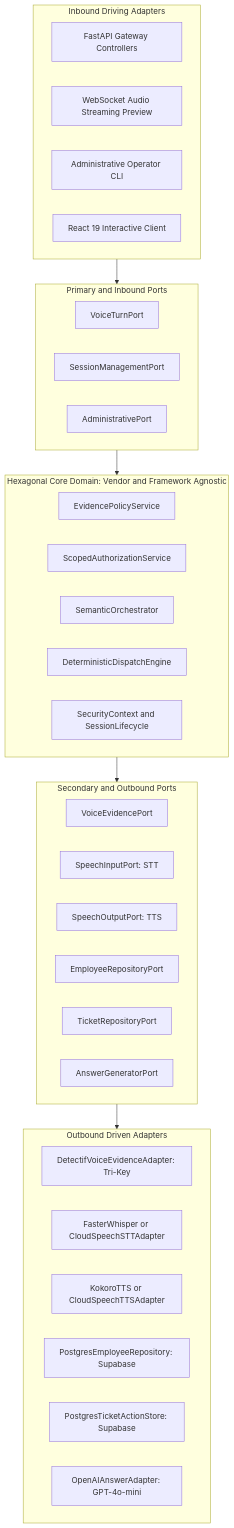
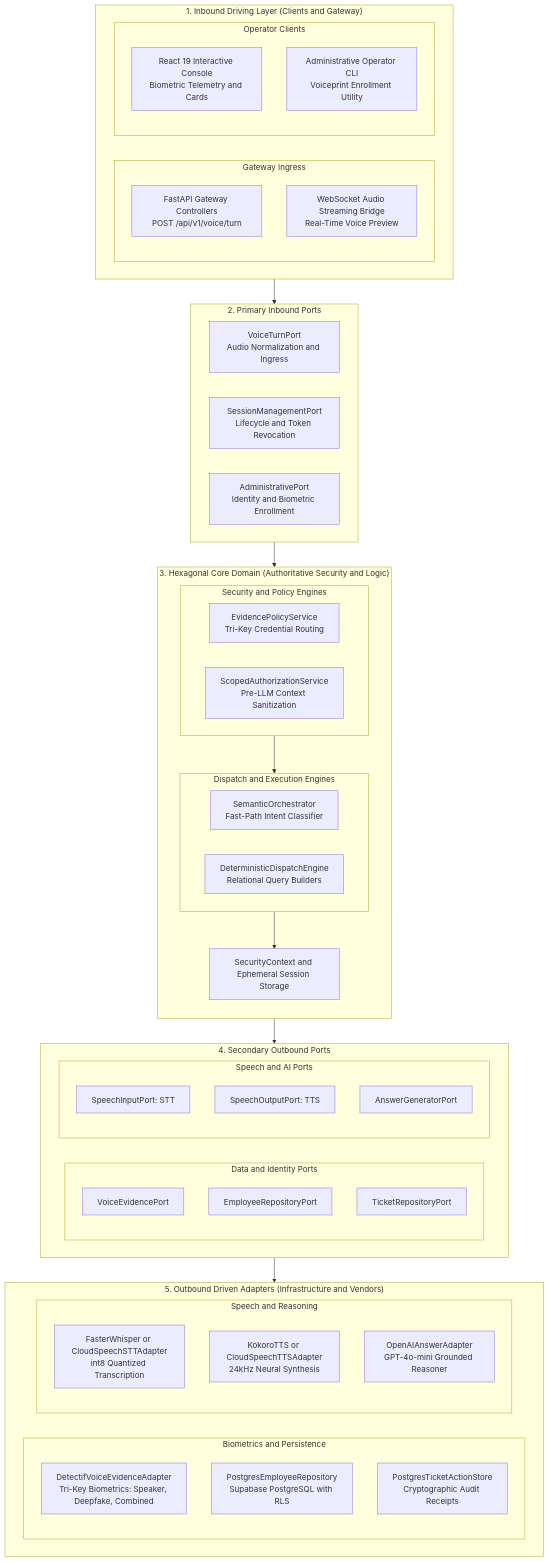
The eighth of 9 diagrams in README.md (sharancode3/Intentlock), drawn with Mermaid before and after one commit. The commit also changed other lines of this file, not shown here.

Commit message:
fix(docs): optimize diagram spacing and multi-column grid layout to prevent node truncation

````diff
--- a/README.md
+++ b/README.md
@@ -462,46 +454,76 @@
 ```mermaid
 flowchart TD
-    subgraph CoreDomain ["Hexagonal Core Domain: Vendor and Framework Agnostic"]
-        EVID_SVC["EvidencePolicyService"]
-        SCOPED_AUTH["ScopedAuthorizationService"]
-        SEM_ORCH["SemanticOrchestrator"]
-        DET_DISPATCH["DeterministicDispatchEngine"]
-        SEC_CTX["SecurityContext and SessionLifecycle"]
+    subgraph DrivingLayer ["1. Inbound Driving Layer (Clients and Gateway)"]
+        direction LR
+        subgraph DrivingWeb ["Gateway Ingress"]
+            direction TB
+            A_REST["FastAPI Gateway Controllers<br/>POST /api/v1/voice/turn"]
+            A_WS["WebSocket Audio Streaming Bridge<br/>Real-Time Voice Preview"]
+        end
+        subgraph DrivingClients ["Operator Clients"]
+            direction TB
+            A_UI["React 19 Interactive Console<br/>Biometric Telemetry and Cards"]
+            A_CLI["Administrative Operator CLI<br/>Voiceprint Enrollment Utility"]
+        end
     end
 
-    subgraph InboundPorts ["Primary and Inbound Ports"]
-        P_TURN["VoiceTurnPort"]
-        P_SESS["SessionManagementPort"]
-        P_ADMIN["AdministrativePort"]
+    subgraph PrimaryPorts ["2. Primary Inbound Ports"]
+        direction LR
+        P_TURN["VoiceTurnPort<br/>Audio Normalization and Ingress"]
+        P_SESS["SessionManagementPort<br/>Lifecycle and Token Revocation"]
+        P_ADMIN["AdministrativePort<br/>Identity and Biometric Enrollment"]
     end
 
-    subgraph OutboundPorts ["Secondary and Outbound Ports"]
-        P_EVID["VoiceEvidencePort"]
-        P_STT["SpeechInputPort: STT"]
-        P_TTS["SpeechOutputPort: TTS"]
-        P_EMP["EmployeeRepositoryPort"]
-        P_TKT["TicketRepositoryPort"]
-        P_LLM["AnswerGeneratorPort"]
+    subgraph CoreDomain ["3. Hexagonal Core Domain (Authoritative Security and Logic)"]
+        direction TB
+        subgraph PolicyEngines ["Security and Policy Engines"]
+            direction LR
+            EVID_SVC["EvidencePolicyService<br/>Tri-Key Credential Routing"]
+            SCOPED_AUTH["ScopedAuthorizationService<br/>Pre-LLM Context Sanitization"]
+        end
+        subgraph ExecutionEngines ["Dispatch and Execution Engines"]
+            direction LR
+            SEM_ORCH["SemanticOrchestrator<br/>Fast-Path Intent Classifier"]
+            DET_DISPATCH["DeterministicDispatchEngine<br/>Relational Query Builders"]
+        end
+        SEC_CTX["SecurityContext and Ephemeral Session Storage"]
+        PolicyEngines --> ExecutionEngines --> SEC_CTX
     end
 
-    subgraph InboundAdapters ["Inbound Driving Adapters"]
-        A_REST["FastAPI Gateway Controllers"]
-        A_WS["WebSocket Audio Streaming Preview"]
-        A_CLI["Administrative Operator CLI"]
-        A_UI["React 19 Interactive Client"]
+    subgraph SecondaryPorts ["4. Secondary Outbound Ports"]
+        direction LR
+        subgraph PortsData ["Data and Identity Ports"]
+            direction TB
+            P_EVID["VoiceEvidencePort"]
+            P_EMP["EmployeeRepositoryPort"]
+            P_TKT["TicketRepositoryPort"]
+        end
+        subgraph PortsAI ["Speech and AI Ports"]
+            direction TB
+            P_STT["SpeechInputPort: STT"]
+            P_TTS["SpeechOutputPort: TTS"]
+            P_LLM["AnswerGeneratorPort"]
+        end
     end
 
-    subgraph OutboundAdapters ["Outbound Driven Adapters"]
-        A_DET["DetectifVoiceEvidenceAdapter: Tri-Key"]
-        A_STT["FasterWhisper or CloudSpeechSTTAdapter"]
-        A_TTS["KokoroTTS or CloudSpeechTTSAdapter"]
-        A_PG_EMP["PostgresEmployeeRepository: Supabase"]
-        A_PG_TKT["PostgresTicketActionStore: Supabase"]
-        A_LLM["OpenAIAnswerAdapter: GPT-4o-mini"]
+    subgraph DrivenLayer ["5. Outbound Driven Adapters (Infrastructure and Vendors)"]
+        direction LR
+        subgraph AdaptersSecurity ["Biometrics and Persistence"]
+            direction TB
+            A_DET["DetectifVoiceEvidenceAdapter<br/>Tri-Key Biometrics: Speaker, Deepfake, Combined"]
+            A_PG_EMP["PostgresEmployeeRepository<br/>Supabase PostgreSQL with RLS"]
+            A_PG_TKT["PostgresTicketActionStore<br/>Cryptographic Audit Receipts"]
+        end
+        subgraph AdaptersAI ["Speech and Reasoning"]
+            direction TB
+            A_STT["FasterWhisper or CloudSpeechSTTAdapter<br/>int8 Quantized Transcription"]
+            A_TTS["KokoroTTS or CloudSpeechTTSAdapter<br/>24kHz Neural Synthesis"]
+            A_LLM["OpenAIAnswerAdapter<br/>GPT-4o-mini Grounded Reasoner"]
+        end
     end
 
-    InboundAdapters --> InboundPorts
-    InboundPorts --> CoreDomain
-    CoreDomain --> OutboundPorts
-    OutboundPorts --> OutboundAdapters
+    DrivingLayer --> PrimaryPorts
+    PrimaryPorts --> CoreDomain
+    CoreDomain --> SecondaryPorts
+    SecondaryPorts --> DrivenLayer
 ```
````
